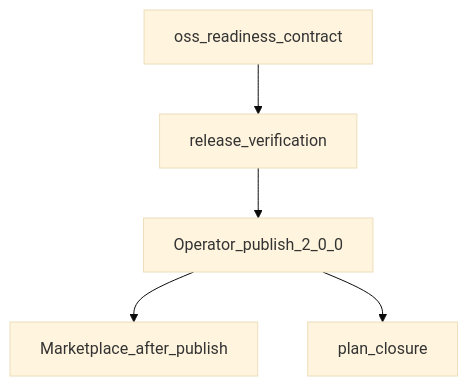
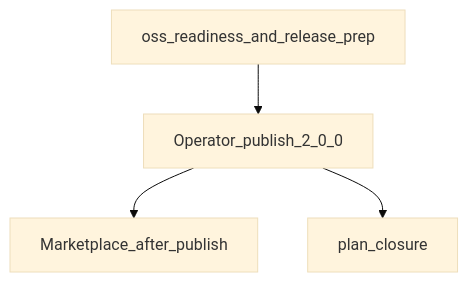
One commit to multipliers-dev/savepoints-lite changed the second of 2 diagrams in .cursor/plans/2026-10-27-oss-readiness-cleanup.plan.md. Above: the diagram before and after it, drawn with Mermaid (base theme). The commit also changed other lines of this file, not shown here.

First line of the commit message:
docs(plan): merge implementation slices into oss-readiness-and-release-prep.

````diff
--- a/.cursor/plans/2026-10-27-oss-readiness-cleanup.plan.md
+++ b/.cursor/plans/2026-10-27-oss-readiness-cleanup.plan.md
@@ -87,12 +83,10 @@
 ```mermaid
 flowchart TB
-  impl[oss_readiness_contract]
-  verify[release_verification]
+  impl[oss_readiness_and_release_prep]
   pub[Operator_publish_2_0_0]
   close[plan_closure]
   mkt[Marketplace_after_publish]
-  impl --> verify
-  verify --> pub
+  impl --> pub
   pub --> mkt
   pub --> close
 ```
````
